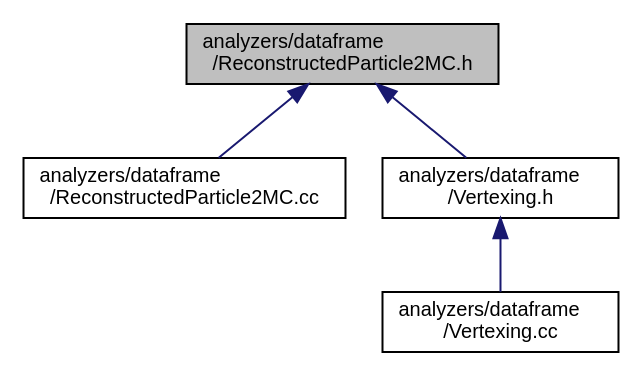
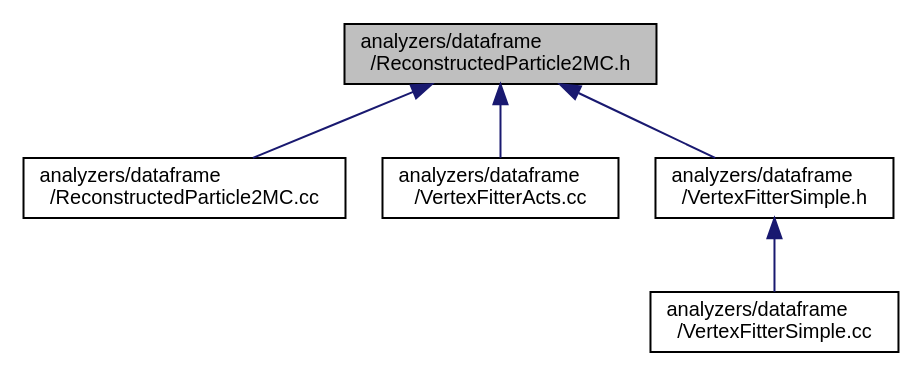
One commit to HEP-FCC/FCCAnalyses changed the diagram in doc/latest/_reconstructed_particle2_m_c_8h__dep__incl.dot. Above: the diagram before and after it, drawn with Graphviz. The commit also changed 198 other files, not shown here.

```diff
--- a/doc/latest/_reconstructed_particle2_m_c_8h__dep__incl.dot
+++ b/doc/latest/_reconstructed_particle2_m_c_8h__dep__incl.dot
@@ -1,13 +1,15 @@
 digraph "analyzers/dataframe/ReconstructedParticle2MC.h"
 {
  // LATEX_PDF_SIZE
   edge [fontname="Helvetica",fontsize="10",labelfontname="Helvetica",labelfontsize="10"];
   node [fontname="Helvetica",fontsize="10",shape=record];
   Node1 [label="analyzers/dataframe\l/ReconstructedParticle2MC.h",height=0.2,width=0.4,color="black", fillcolor="grey75", style="filled", fontcolor="black",tooltip=" "];
   Node1 -> Node2 [dir="back",color="midnightblue",fontsize="10",style="solid",fontname="Helvetica"];
   Node2 [label="analyzers/dataframe\l/ReconstructedParticle2MC.cc",height=0.2,width=0.4,color="black", fillcolor="white", style="filled",URL="$_reconstructed_particle2_m_c_8cc.html",tooltip=" "];
   Node1 -> Node3 [dir="back",color="midnightblue",fontsize="10",style="solid",fontname="Helvetica"];
-  Node3 [label="analyzers/dataframe\l/Vertexing.h",height=0.2,width=0.4,color="black", fillcolor="white", style="filled",URL="$_vertexing_8h.html",tooltip=" "];
-  Node3 -> Node4 [dir="back",color="midnightblue",fontsize="10",style="solid",fontname="Helvetica"];
-  Node4 [label="analyzers/dataframe\l/Vertexing.cc",height=0.2,width=0.4,color="black", fillcolor="white", style="filled",URL="$_vertexing_8cc.html",tooltip=" "];
+  Node3 [label="analyzers/dataframe\l/VertexFitterActs.cc",height=0.2,width=0.4,color="black", fillcolor="white", style="filled",URL="$_vertex_fitter_acts_8cc.html",tooltip=" "];
+  Node1 -> Node4 [dir="back",color="midnightblue",fontsize="10",style="solid",fontname="Helvetica"];
+  Node4 [label="analyzers/dataframe\l/VertexFitterSimple.h",height=0.2,width=0.4,color="black", fillcolor="white", style="filled",URL="$_vertex_fitter_simple_8h.html",tooltip=" "];
+  Node4 -> Node5 [dir="back",color="midnightblue",fontsize="10",style="solid",fontname="Helvetica"];
+  Node5 [label="analyzers/dataframe\l/VertexFitterSimple.cc",height=0.2,width=0.4,color="black", fillcolor="white", style="filled",URL="$_vertex_fitter_simple_8cc.html",tooltip=" "];
 }
```
